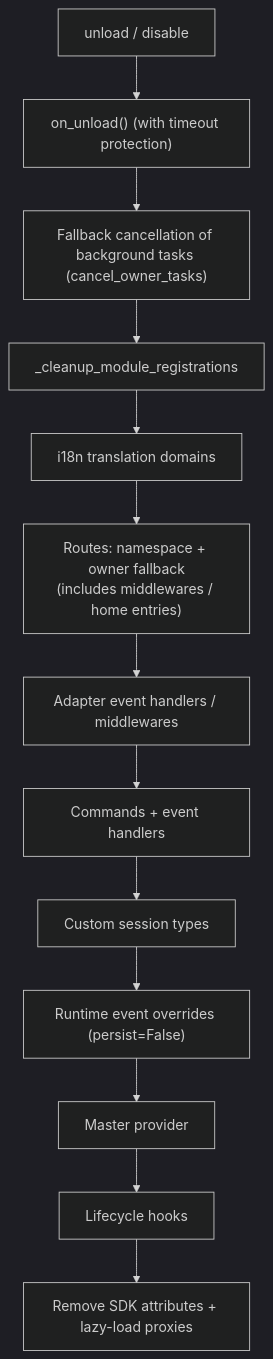
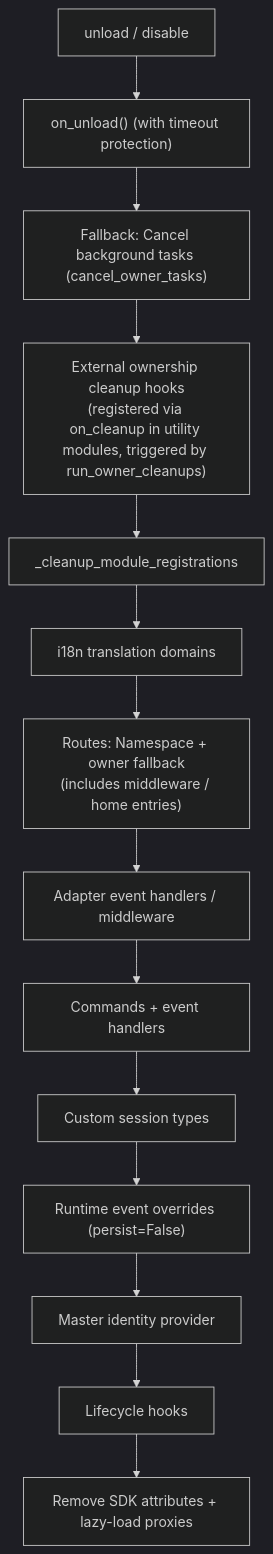
One commit to ErisPulse/ErisPulse changed the diagram in docs/en/advanced/ownership.md. Above: the diagram before and after it, drawn with Mermaid (dark theme). The commit also changed other lines of this file and 39 other files, not shown here.

````diff
--- a/docs/en/advanced/ownership.md
+++ b/docs/en/advanced/ownership.md
@@ -73,15 +75,16 @@
 ```mermaid
 flowchart TD
     A["unload / disable"] --> B["on_unload() (with timeout protection)"]
-    B --> C["Fallback cancellation of background tasks (cancel_owner_tasks)"]
-    C --> D["_cleanup_module_registrations"]
+    B --> C["Fallback: Cancel background tasks (cancel_owner_tasks)"]
+    C --> C1["External ownership cleanup hooks<br/>(registered via on_cleanup in utility modules, triggered by run_owner_cleanups)"]
+    C1 --> D["_cleanup_module_registrations"]
     D --> D1["i18n translation domains"]
-    D1 --> D2["Routes: namespace + owner fallback<br/>(includes middlewares / home entries)"]
-    D2 --> D3["Adapter event handlers / middlewares"]
+    D1 --> D2["Routes: Namespace + owner fallback<br/>(includes middleware / home entries)"]
+    D2 --> D3["Adapter event handlers / middleware"]
     D3 --> D4["Commands + event handlers"]
     D4 --> D5["Custom session types"]
     D5 --> D6["Runtime event overrides (persist=False)"]
-    D6 --> D7["Master provider"]
+    D6 --> D7["Master identity provider"]
     D7 --> D8["Lifecycle hooks"]
     D8 --> E["Remove SDK attributes + lazy-load proxies"]
 ```
````
